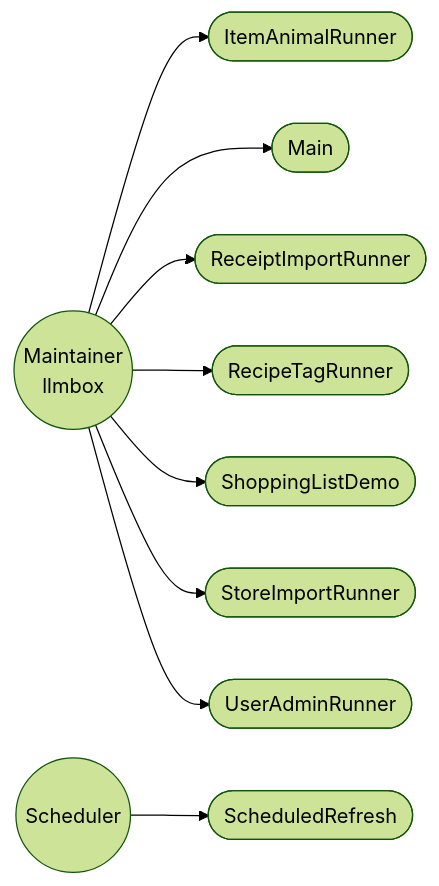
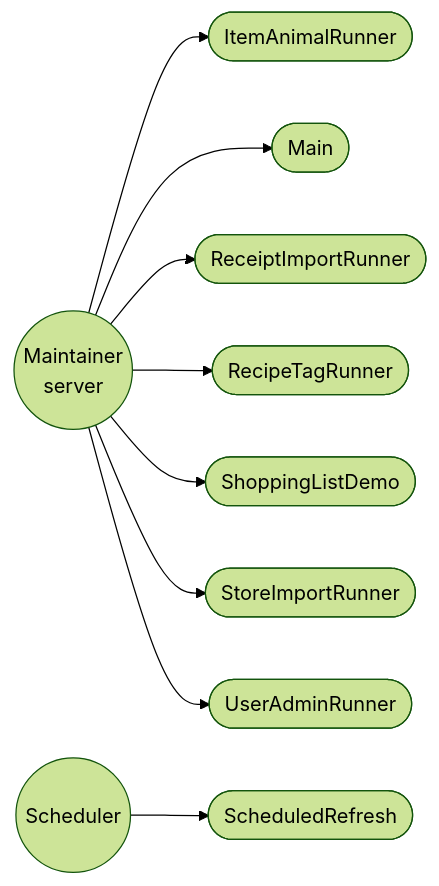
The second of 2 diagrams in docs/USE_CASES.md (Nate-ryan-7690/dahaem), drawn with Mermaid (forest theme) before and after one commit. The commit also changed other lines of this file and 18 other files, not shown here.

````diff
--- a/docs/USE_CASES.md
+++ b/docs/USE_CASES.md
@@ -90,12 +90,12 @@
 ```mermaid
 flowchart LR
-    admin(("Maintainer<br/>llmbox"))
+    admin(("Maintainer<br/>server"))
     admin --> r0(["ItemAnimalRunner"])
     admin --> r1(["Main"])
     admin --> r2(["ReceiptImportRunner"])
     admin --> r3(["RecipeTagRunner"])
     admin --> r4(["ShoppingListDemo"])
     admin --> r5(["StoreImportRunner"])
     admin --> r6(["UserAdminRunner"])
     cron(("Scheduler")) --> s0(["ScheduledRefresh"])
 ```
````
